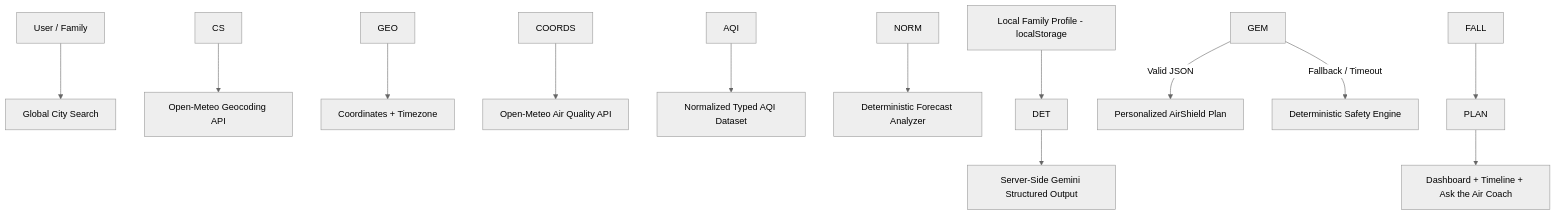
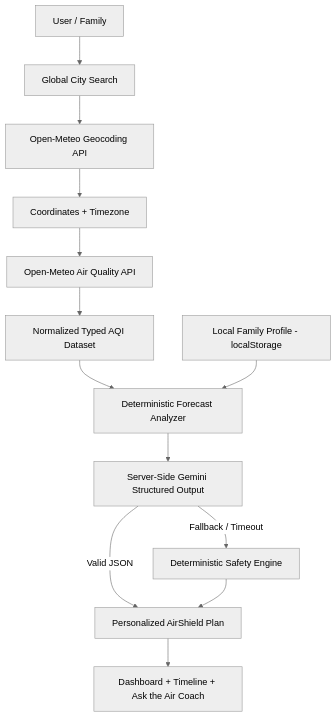
Before and after one commit to Gaurav2212007/AirShield-Urban-Air-Quality-Assistant----PromptWars-Virtual----unstop-hackathon: the diagram in README.md, drawn with Mermaid (neutral theme). The commit also changed other lines of this file, not shown here.

````diff
--- a/README.md
+++ b/README.md
@@ -32,15 +30,15 @@
 ```mermaid
 flowchart TD
-  U\\\\\\\[User / Family] --> CS\\\\\\\[Global City Search]
-  CS --> GEO\\\\\\\[Open-Meteo Geocoding API]
-  GEO --> COORDS\\\\\\\[Coordinates + Timezone]
-  COORDS --> AQI\\\\\\\[Open-Meteo Air Quality API]
-  AQI --> NORM\\\\\\\[Normalized Typed AQI Dataset]
-  NORM --> DET\\\\\\\[Deterministic Forecast Analyzer]
-  PROF\\\\\\\[Local Family Profile - localStorage] --> DET
-  DET --> GEM\\\\\\\[Server-Side Gemini Structured Output]
-  GEM -->|Valid JSON| PLAN\\\\\\\[Personalized AirShield Plan]
-  GEM -->|Fallback / Timeout| FALL\\\\\\\[Deterministic Safety Engine]
+  U[User / Family] --> CS[Global City Search]
+  CS --> GEO[Open-Meteo Geocoding API]
+  GEO --> COORDS[Coordinates + Timezone]
+  COORDS --> AQI[Open-Meteo Air Quality API]
+  AQI --> NORM[Normalized Typed AQI Dataset]
+  NORM --> DET[Deterministic Forecast Analyzer]
+  PROF[Local Family Profile - localStorage] --> DET
+  DET --> GEM[Server-Side Gemini Structured Output]
+  GEM -->|Valid JSON| PLAN[Personalized AirShield Plan]
+  GEM -->|Fallback / Timeout| FALL[Deterministic Safety Engine]
   FALL --> PLAN
-  PLAN --> UI\\\\\\\[Dashboard + Timeline + Ask the Air Coach]
+  PLAN --> UI[Dashboard + Timeline + Ask the Air Coach]
 ```
````
